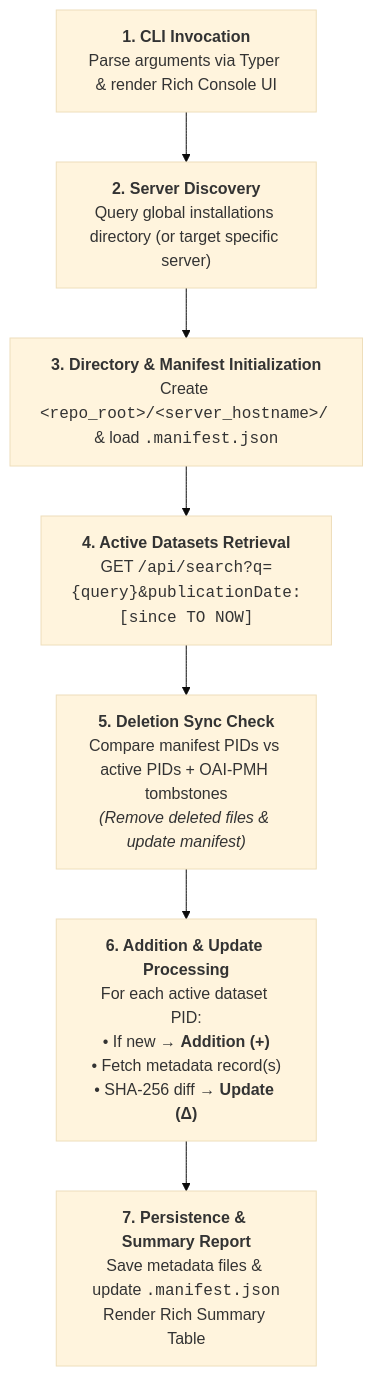
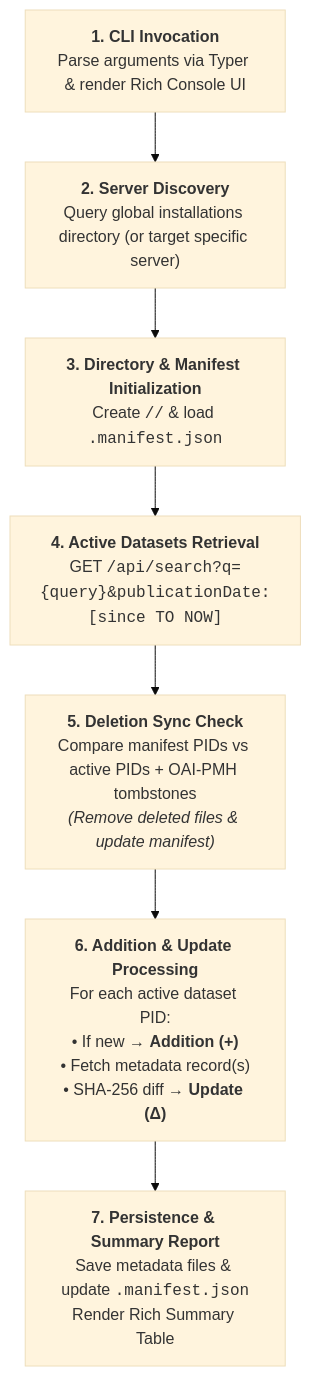
One commit to DataArtifex/dataverse-toolkit changed the diagram in docs/source/harvester.md. Above: the diagram before and after it, drawn with Mermaid (base theme). The commit also changed other lines of this file and 11 other files, not shown here.

````diff
--- a/docs/source/harvester.md
+++ b/docs/source/harvester.md
@@ -144,14 +144,14 @@
-```mermaid
+<div class="mermaid">
 flowchart TD
     Init["<b>1. CLI Invocation</b><br/>Parse arguments via Typer & render Rich Console UI"] --> Discovery
     Discovery["<b>2. Server Discovery</b><br/>Query global installations directory (or target specific server)"] --> Setup
     Setup["<b>3. Directory & Manifest Initialization</b><br/>Create <code>&lt;repo_root&gt;/&lt;server_hostname&gt;/</code> & load <code>.manifest.json</code>"] --> Active
 
     Active["<b>4. Active Datasets Retrieval</b><br/>GET <code>/api/search?q={query}&publicationDate:[since TO NOW]</code>"] --> Deletions
 
     Deletions["<b>5. Deletion Sync Check</b><br/>Compare manifest PIDs vs active PIDs + OAI-PMH tombstones<br/><i>(Remove deleted files & update manifest)</i>"] --> Processing
 
     Processing["<b>6. Addition & Update Processing</b><br/>For each active dataset PID:<br/>• If new &rarr; <b>Addition (+)</b><br/>• Fetch metadata record(s)<br/>• SHA-256 diff &rarr; <b>Update (Δ)</b>"] --> Save
 
     Save["<b>7. Persistence & Summary Report</b><br/>Save metadata files & update <code>.manifest.json</code><br/>Render Rich Summary Table"]
-```
+</div>
````
